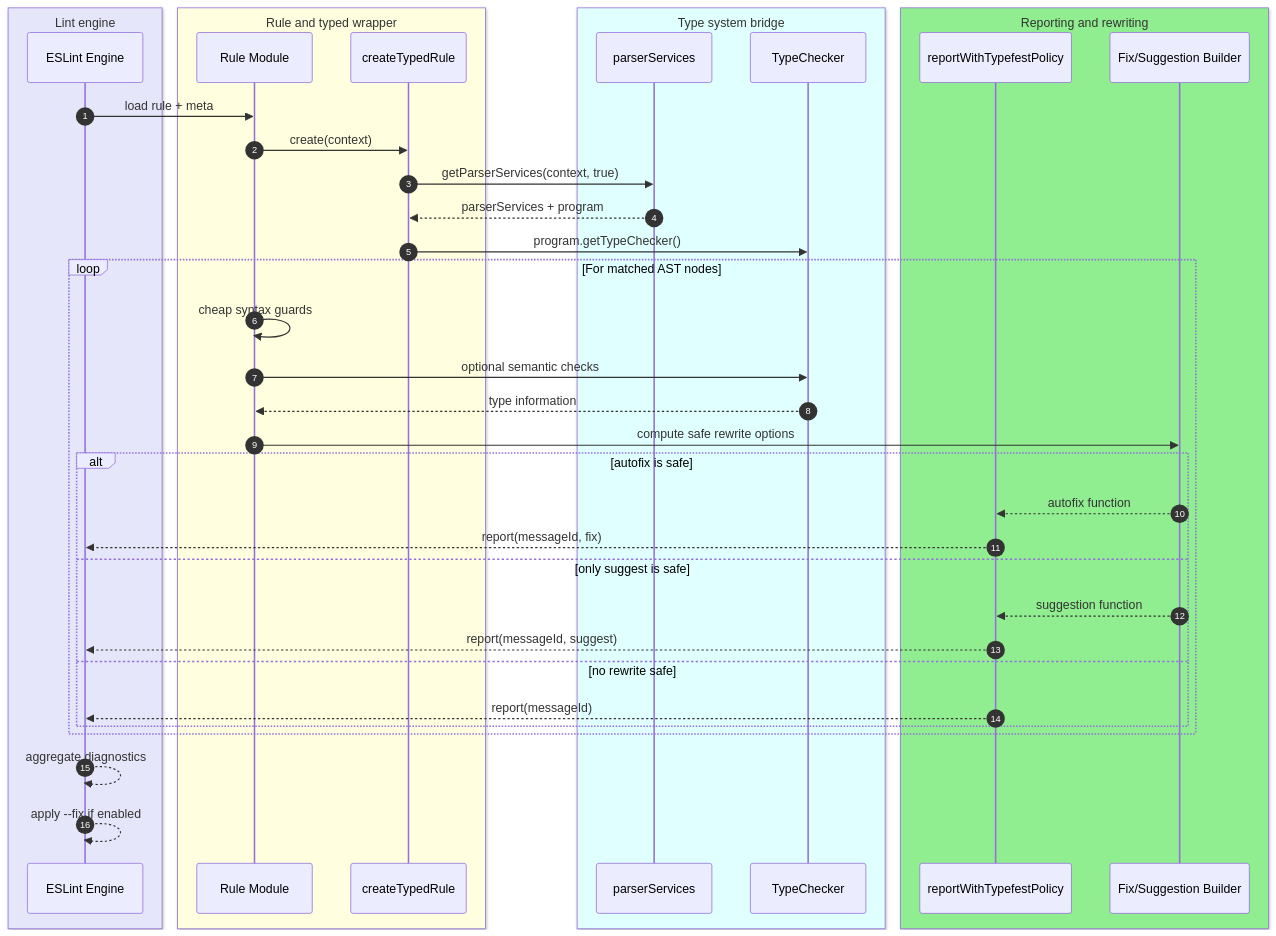
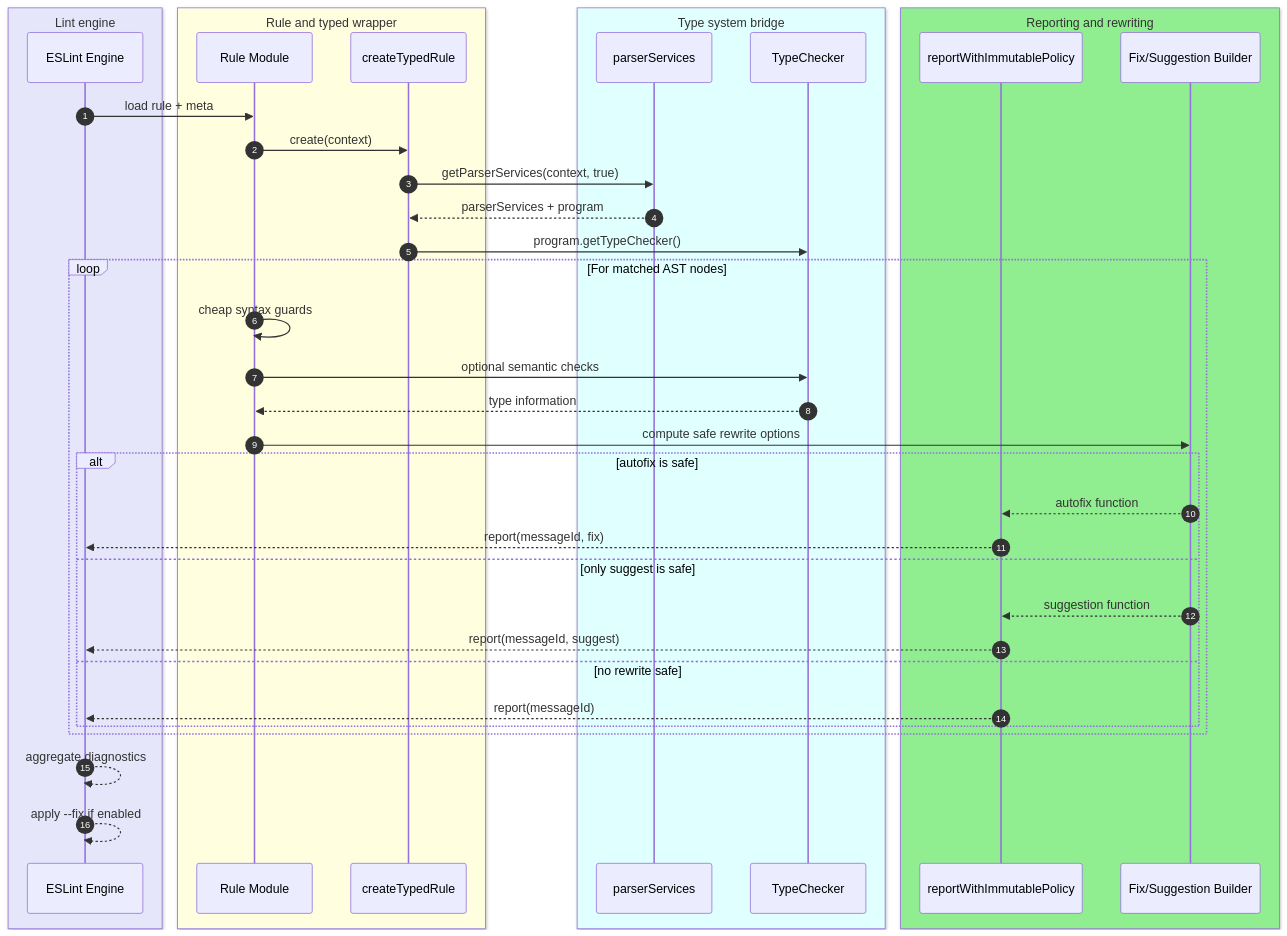
Before and after one commit to Nick2bad4u/eslint-plugin-immutable-2: the diagram in docs/docusaurus/site-docs/developer/charts/rule-lifecycle-and-autofix-flow.md, drawn with Mermaid. The commit also changed 572 other files, not shown here.

````diff
--- a/docs/docusaurus/site-docs/developer/charts/rule-lifecycle-and-autofix-flow.md
+++ b/docs/docusaurus/site-docs/developer/charts/rule-lifecycle-and-autofix-flow.md
@@ -11,44 +11,44 @@
 ```mermaid
 sequenceDiagram
     autonumber
     box Lavender Lint engine
     participant ESLint as ESLint Engine
     end
     box LightYellow Rule and typed wrapper
     participant Rule as Rule Module
     participant Typed as createTypedRule
     end
     box LightCyan Type system bridge
     participant Parser as parserServices
     participant TS as TypeChecker
     end
     box LightGreen Reporting and rewriting
-    participant Report as reportWithTypefestPolicy
+    participant Report as reportWithImmutablePolicy
     participant Fix as Fix/Suggestion Builder
     end
 
     ESLint->>Rule: load rule + meta
     Rule->>Typed: create(context)
     Typed->>Parser: getParserServices(context, true)
     Parser-->>Typed: parserServices + program
     Typed->>TS: program.getTypeChecker()
 
     loop For matched AST nodes
         Rule->>Rule: cheap syntax guards
         Rule->>TS: optional semantic checks
         TS-->>Rule: type information
         Rule->>Fix: compute safe rewrite options
         alt autofix is safe
             Fix-->>Report: autofix function
             Report-->>ESLint: report(messageId, fix)
         else only suggest is safe
             Fix-->>Report: suggestion function
             Report-->>ESLint: report(messageId, suggest)
         else no rewrite safe
             Report-->>ESLint: report(messageId)
         end
     end
 
     ESLint-->>ESLint: aggregate diagnostics
     ESLint-->>ESLint: apply --fix if enabled
 ```
````
